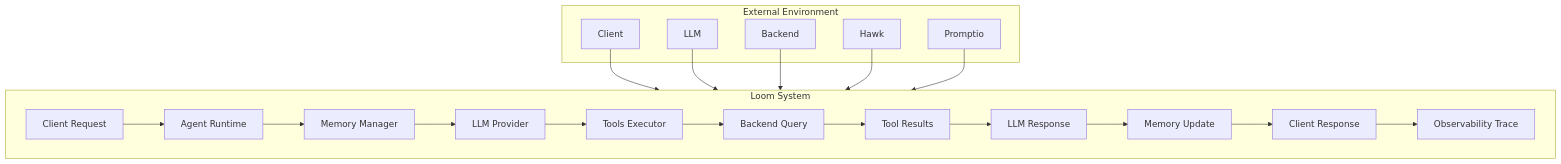
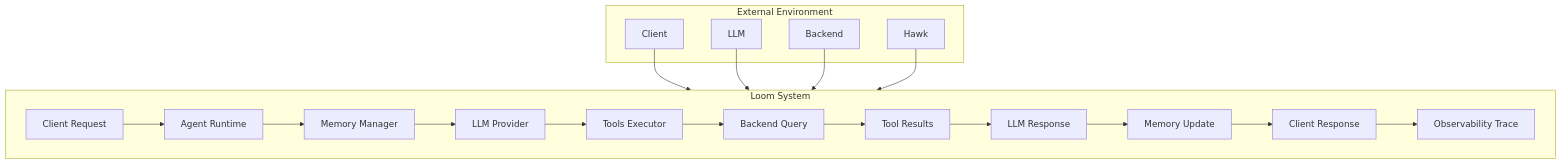
Before and after one commit to teradata-labs/loom: the diagram in docs/architecture/data-flows.md, drawn with Mermaid. The commit also changed other lines of this file and 151 other files, not shown here.

First line of the commit message:
feat: salience-driven graph memory system (#133)

````diff
--- a/docs/architecture/data-flows.md
+++ b/docs/architecture/data-flows.md
@@ -72,29 +74,27 @@
 ```mermaid
 flowchart TB
     subgraph External["External Environment"]
         Client[Client]
         LLM[LLM]
         Backend[Backend]
         Hawk[Hawk]
-        Promptio[Promptio]
     end
 
     subgraph LoomSystem["Loom System"]
         ClientReq[Client Request] --> AgentRuntime[Agent Runtime]
         AgentRuntime --> MemoryManager[Memory Manager]
         MemoryManager --> LLMProvider[LLM Provider]
         LLMProvider --> ToolsExecutor[Tools Executor]
         ToolsExecutor --> BackendQuery[Backend Query]
         BackendQuery --> ToolResults[Tool Results]
         ToolResults --> LLMResponse[LLM Response]
         LLMResponse --> MemoryUpdate[Memory Update]
         MemoryUpdate --> ClientResponse[Client Response]
         ClientResponse --> ObsTrace[Observability Trace]
     end
 
     Client --> LoomSystem
     LLM --> LoomSystem
     Backend --> LoomSystem
     Hawk --> LoomSystem
-    Promptio --> LoomSystem
 ```
````
